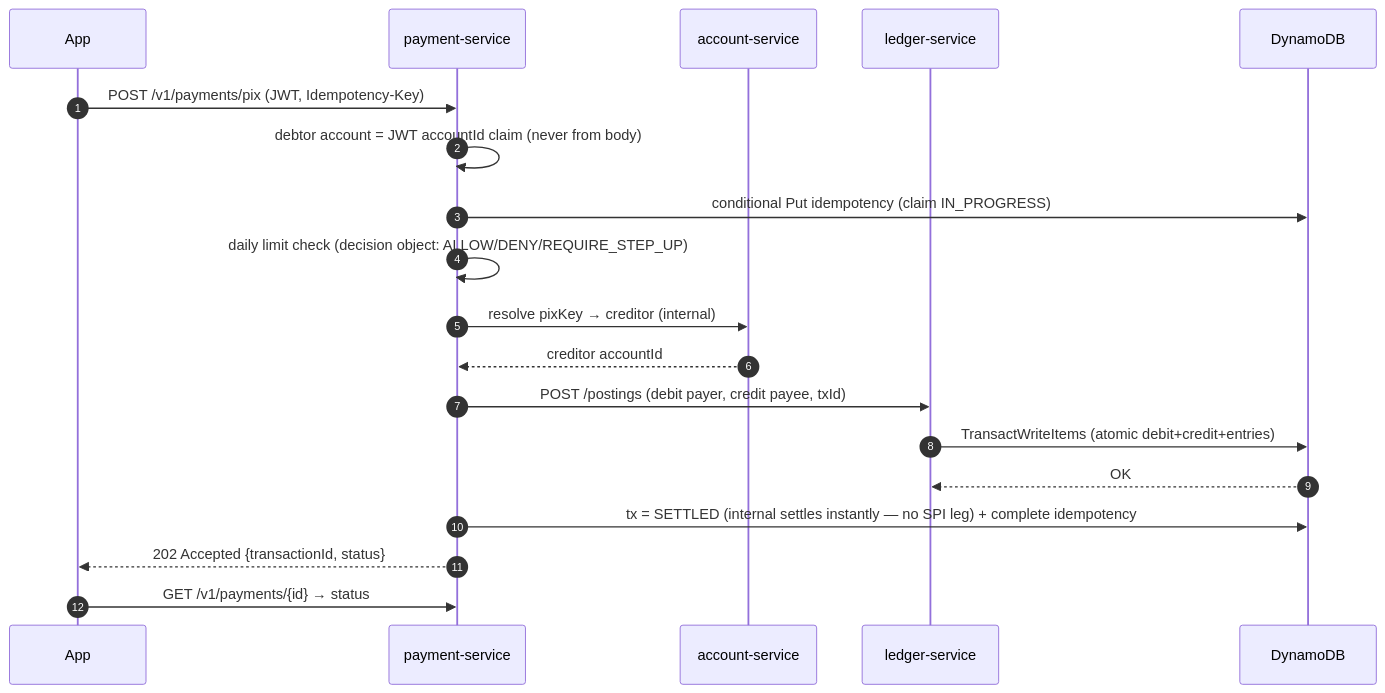
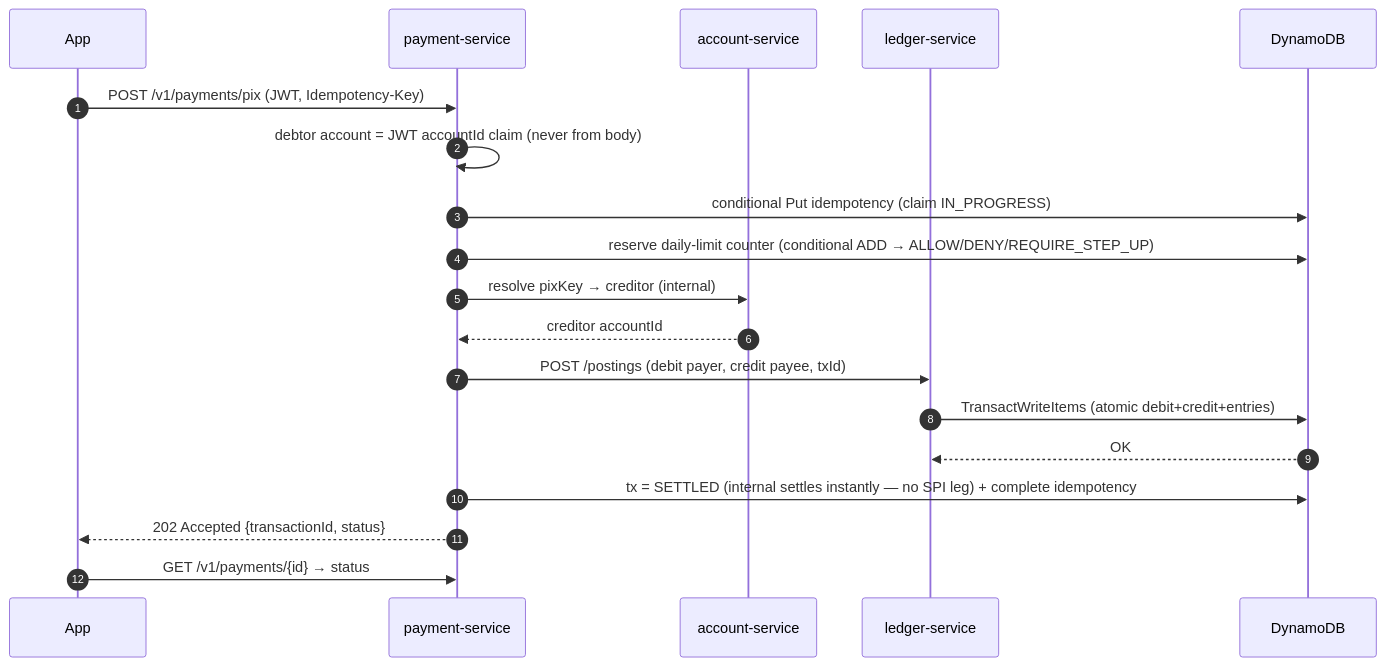
One commit to filiperibolli/platinumcoin-pix changed the eighth of 16 diagrams in ARCHITECTURE.md. Above: the diagram before and after it, drawn with Mermaid. The commit also changed other lines of this file and 5 other files, not shown here.

````diff
--- a/ARCHITECTURE.md
+++ b/ARCHITECTURE.md
@@ -382,21 +420,21 @@
 ```mermaid
 sequenceDiagram
     autonumber
     participant App
     participant PAY as payment-service
     participant ACC as account-service
     participant LED as ledger-service
     participant DDB as DynamoDB
     App->>PAY: POST /v1/payments/pix (JWT, Idempotency-Key)
     PAY->>PAY: debtor account = JWT accountId claim (never from body)
     PAY->>DDB: conditional Put idempotency (claim IN_PROGRESS)
-    PAY->>PAY: daily limit check (decision object: ALLOW/DENY/REQUIRE_STEP_UP)
+    PAY->>DDB: reserve daily-limit counter (conditional ADD → ALLOW/DENY/REQUIRE_STEP_UP)
     PAY->>ACC: resolve pixKey → creditor (internal)
     ACC-->>PAY: creditor accountId
     PAY->>LED: POST /postings (debit payer, credit payee, txId)
     LED->>DDB: TransactWriteItems (atomic debit+credit+entries)
     DDB-->>LED: OK
     PAY->>DDB: tx = SETTLED (internal settles instantly — no SPI leg) + complete idempotency
     PAY-->>App: 202 Accepted {transactionId, status}
     App->>PAY: GET /v1/payments/{id} → status
 ```
````
